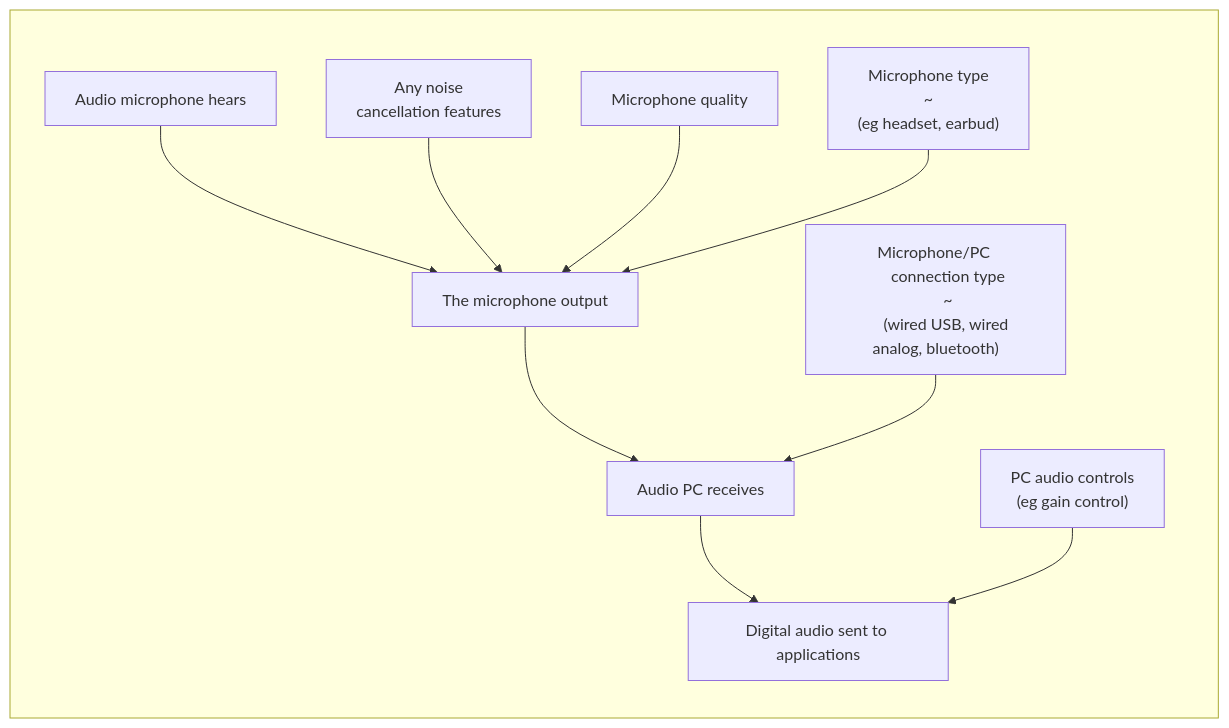
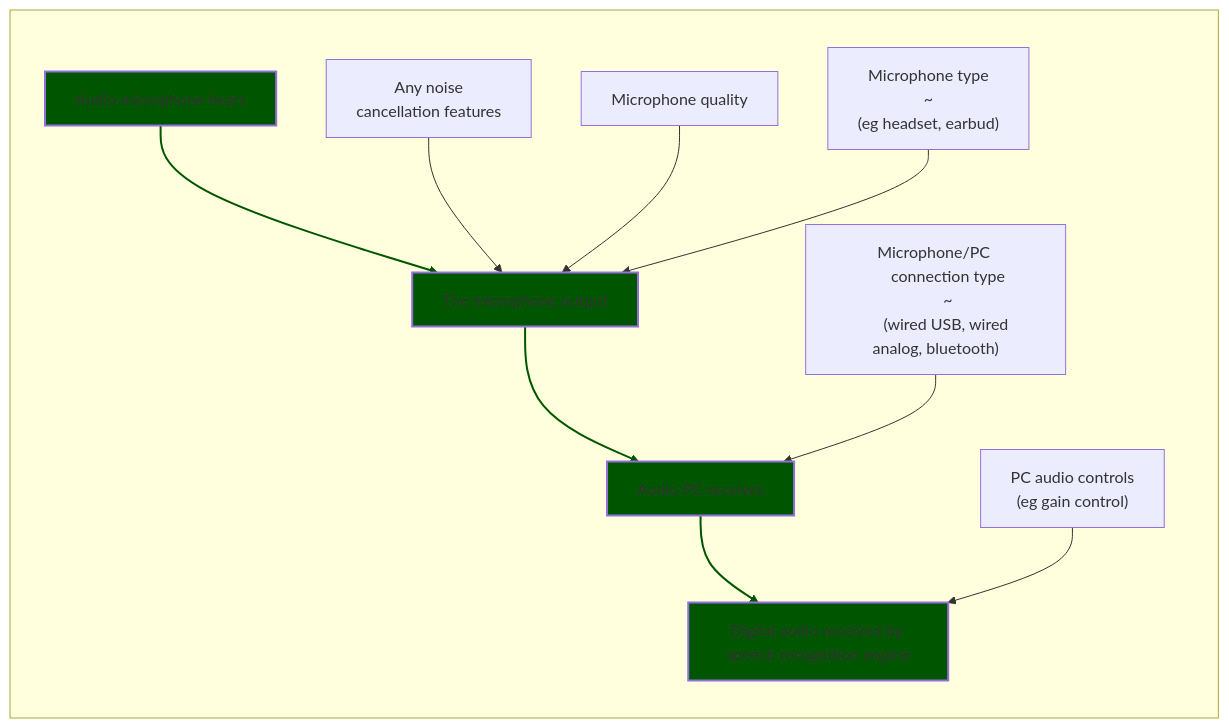
One commit to TalonCommunity/Wiki changed the third of 4 diagrams in docs/Resource Hub/Speech Recognition/improving_recognition_accuracy.md. Above: the diagram before and after it, drawn with Mermaid. The commit also changed other lines of this file and 1 other file, not shown here.

````diff
--- a/docs/Resource Hub/Speech Recognition/improving_recognition_accuracy.md
+++ b/docs/Resource Hub/Speech Recognition/improving_recognition_accuracy.md
@@ -68,38 +103,43 @@
 ```mermaid
 flowchart
   subgraph audio [" "]
     direction TB
     audio_microphone_hears["Audio microphone hears"]
     audio_microphone_hears --> audio_microphone_outputs
 
     noise_cancellation["Any noise 
       cancellation features"]
     noise_cancellation --> audio_microphone_outputs
 
     microphone_quality["Microphone quality"]
     microphone_quality --> audio_microphone_outputs
 
     microphone_type["Microphone type
       ~
       (eg headset, earbud)"]
     microphone_type --> audio_microphone_outputs
 
     audio_microphone_outputs[The microphone output]
     audio_microphone_outputs --> audio_pc_receives
 
     microphone_pc_connection_type["Microphone/PC 
       connection type
       ~
       (wired USB, wired analog, bluetooth)"]
     microphone_pc_connection_type --> audio_pc_receives
 
     audio_pc_receives[Audio PC receives]
     audio_pc_receives --> app_audio
 
     pc_audio_controls["PC audio controls
       (eg gain control)"]
     pc_audio_controls --> app_audio
 
-    app_audio["Digital audio sent to applications"]
+    app_audio["Digital audio received by speech recognition engine"]
+
+    classDef mainInfoPath fill:#050,stroke-width:2px;
+    class audio_microphone_hears,audio_microphone_outputs,audio_pc_receives,app_audio mainInfoPath;
+
+    linkStyle 0,4,6 stroke:#050,stroke-width:2px,color:red;
   end
 ```
````
